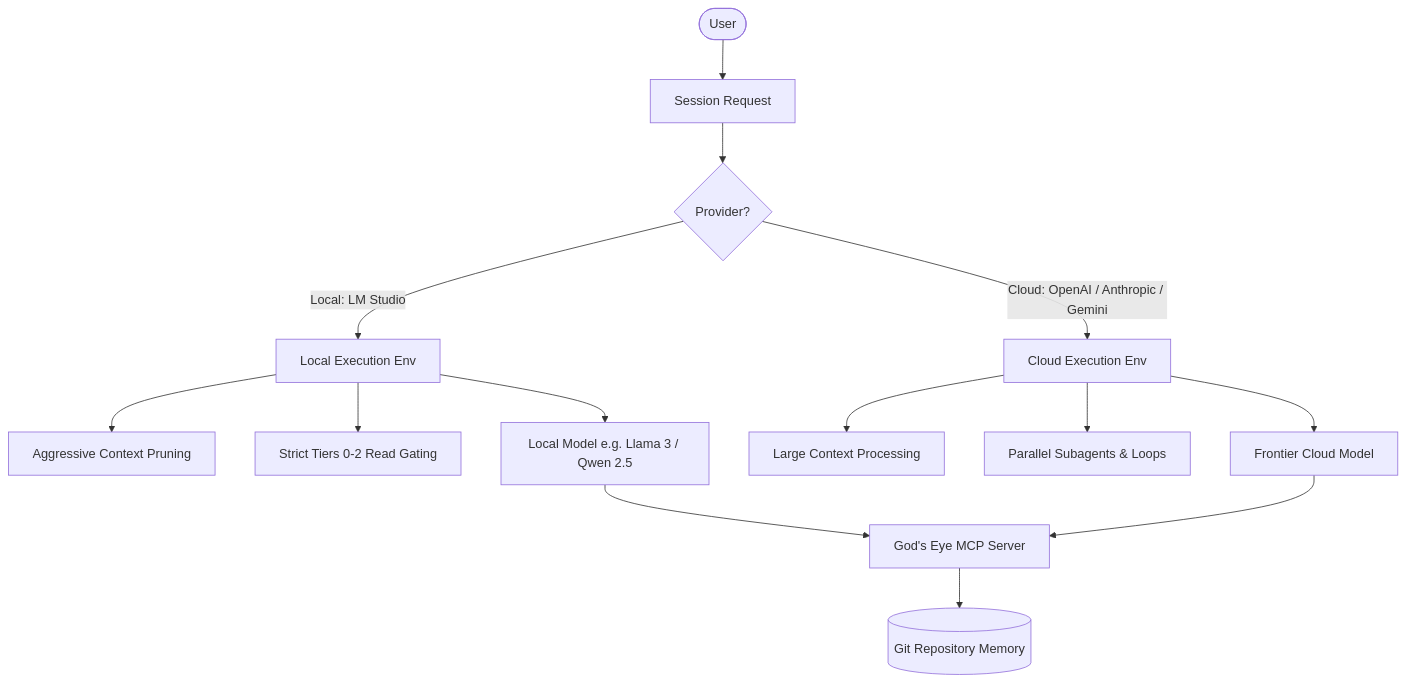
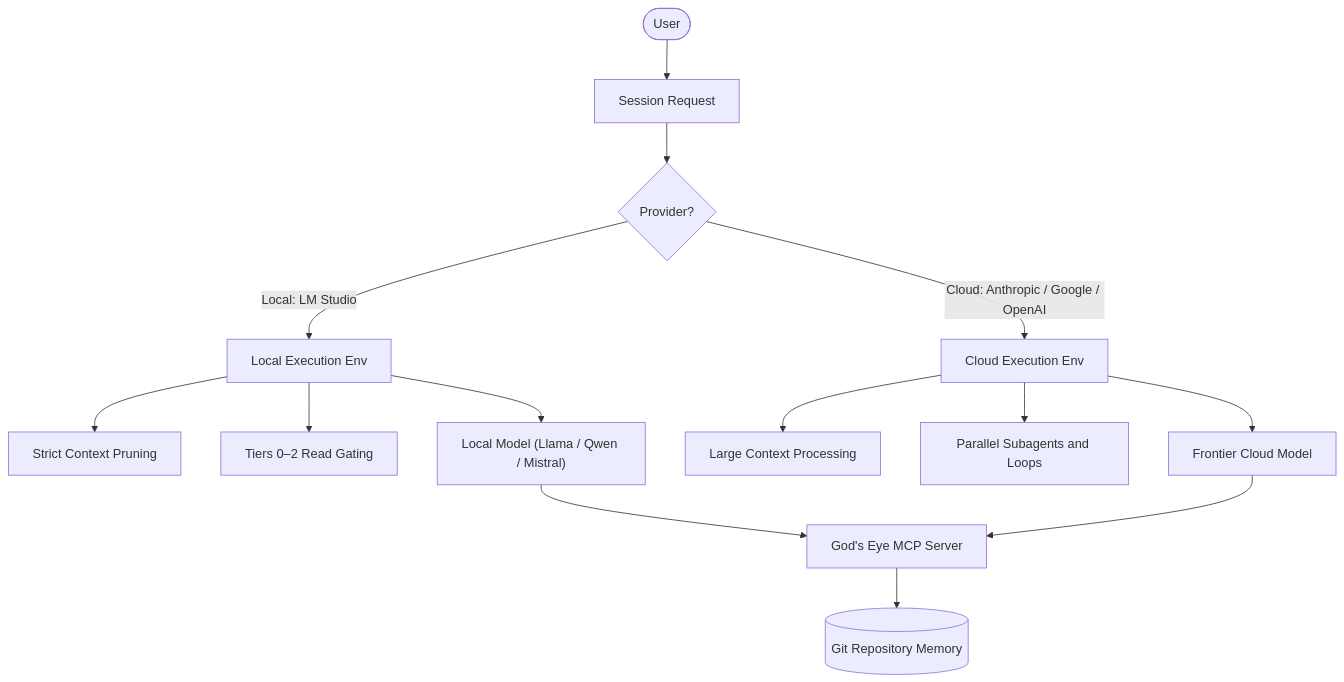
The diagram in docs/GODS_EYE_LOCAL_VS_CLOUD.md (brennin0820/nightraven), drawn with Mermaid before and after one commit. The commit also changed other lines of this file and 2 other files, not shown here.

Commit message:
docs: polish rules, overlay, and local-vs-cloud design — fill gaps, add model table, quickstart, pitfalls

````diff
--- a/docs/GODS_EYE_LOCAL_VS_CLOUD.md
+++ b/docs/GODS_EYE_LOCAL_VS_CLOUD.md
@@ -11,21 +13,19 @@
 ```mermaid
 graph TD
     User([User]) --> Input[Session Request]
     Input --> ModeSelector{Provider?}
-    
-    %% Local Path
+
     ModeSelector -- Local: LM Studio --> LocalEnv[Local Execution Env]
-    LocalEnv --> LocalPruning[Aggressive Context Pruning]
-    LocalEnv --> StrictTiers[Strict Tiers 0-2 Read Gating]
-    LocalEnv --> LocalLLM[Local Model e.g. Llama 3 / Qwen 2.5]
-    
-    %% Cloud Path
-    ModeSelector -- Cloud: OpenAI / Anthropic / Gemini --> CloudEnv[Cloud Execution Env]
+    LocalEnv --> LocalPruning[Strict Context Pruning]
+    LocalEnv --> StrictTiers["Tiers 0–2 Read Gating"]
+    LocalEnv --> LocalLLM["Local Model (Llama / Qwen / Mistral)"]
+
+    ModeSelector -- "Cloud: Anthropic / Google / OpenAI" --> CloudEnv[Cloud Execution Env]
     CloudEnv --> HighContext[Large Context Processing]
-    CloudEnv --> Subagents[Parallel Subagents & Loops]
+    CloudEnv --> Subagents[Parallel Subagents and Loops]
     CloudEnv --> CloudLLM[Frontier Cloud Model]
-    
-    LocalLLM --> MCP[God's Eye MCP Server]
+
+    LocalLLM --> MCP["God's Eye MCP Server"]
     CloudLLM --> MCP
     MCP --> GitTruth[(Git Repository Memory)]
 ```
````
